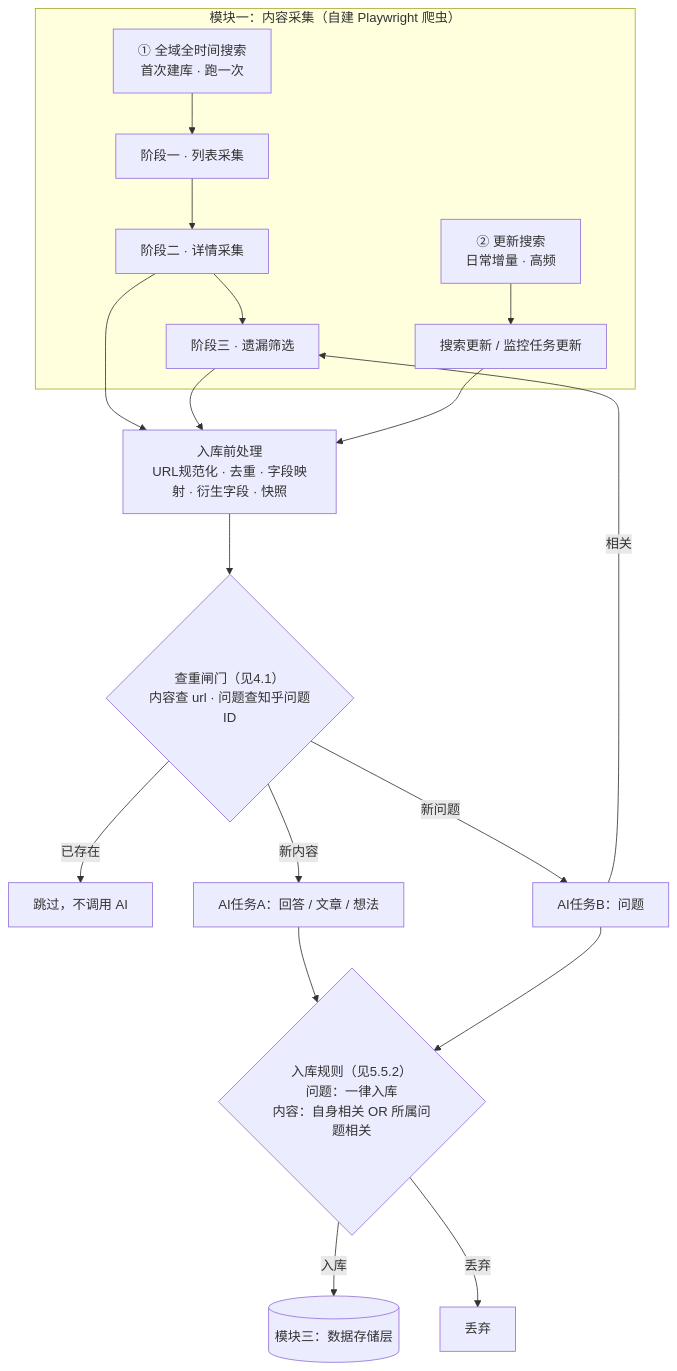
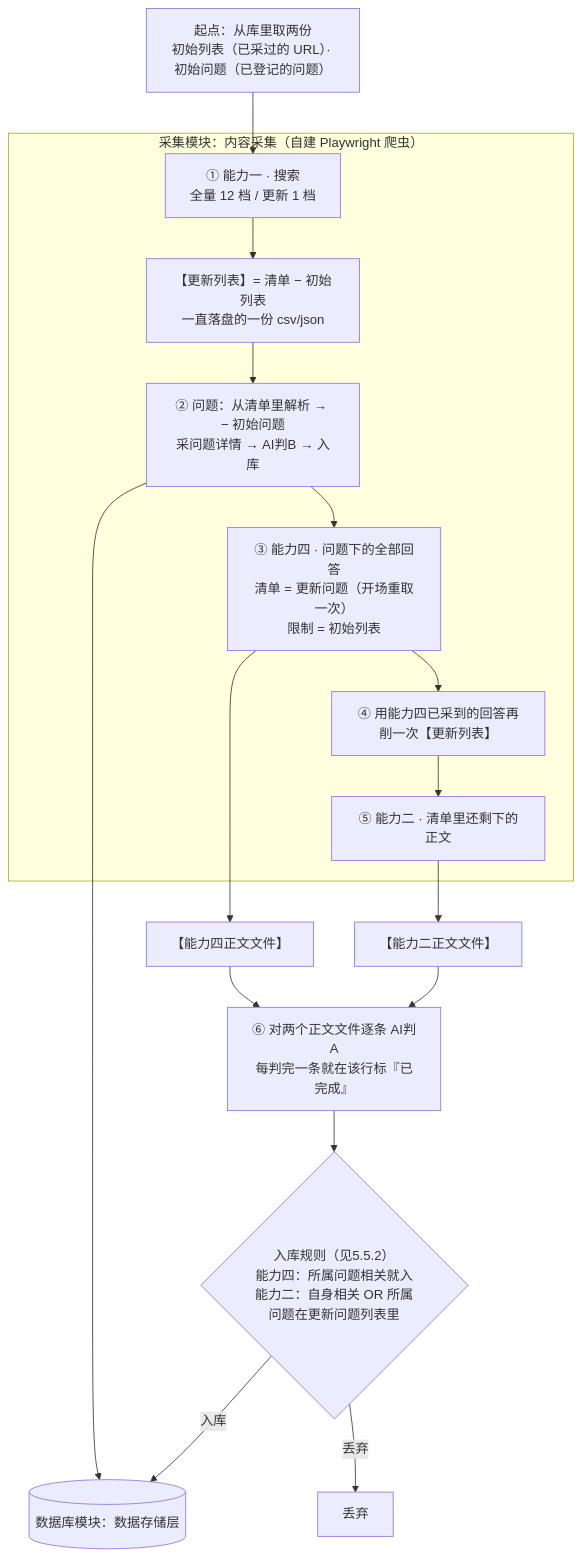
The second of 3 diagrams in 知乎舆情监控系统-架构设计文档.md (Charlie0604/sentinel_q), drawn with Mermaid before and after one commit. The commit also changed other lines of this file and 86 other files, not shown here.

````diff
--- a/知乎舆情监控系统-架构设计文档.md
+++ b/知乎舆情监控系统-架构设计文档.md
@@ -69,25 +99,22 @@
 ```mermaid
 flowchart TD
-    subgraph M1["模块一：内容采集（自建 Playwright 爬虫）"]
-        F["① 全域全时间搜索<br/>首次建库 · 跑一次"] --> S1["阶段一 · 列表采集"]
-        S1 --> S2["阶段二 · 详情采集"]
-        S2 --> S3["阶段三 · 遗漏筛选"]
-        U["② 更新搜索<br/>日常增量 · 高频"] --> U1["搜索更新 / 监控任务更新"]
+    START["起点：从库里取两份<br/>初始列表（已采过的 URL）· 初始问题（已登记的问题）"] --> L
+
+    subgraph M1["采集模块：内容采集（自建 Playwright 爬虫）"]
+        L["① 能力一 · 搜索<br/>全量 12 档 / 更新 1 档"] --> UL["【更新列表】= 清单 − 初始列表<br/>一直落盘的一份 csv/json"]
+        UL --> Q["② 问题：从清单里解析 → − 初始问题<br/>采问题详情 → AI判B → 入库"]
+        Q --> A4["③ 能力四 · 问题下的全部回答<br/>清单 = 更新问题（开场重取一次）<br/>限制 = 初始列表"]
+        A4 --> CUT["④ 用能力四已采到的回答再削一次【更新列表】"]
+        CUT --> A2["⑤ 能力二 · 清单里还剩下的正文"]
     end
 
-    S2 --> PRE["入库前处理<br/>URL规范化 · 去重 · 字段映射 · 衍生字段 · 快照"]
-    S3 --> PRE
-    U1 --> PRE
+    A4 --> F4["【能力四正文文件】"]
+    A2 --> F2["【能力二正文文件】"]
+    Q --> DB
 
-    PRE --> DEDUP{"查重闸门（见4.1）<br/>内容查 url · 问题查知乎问题ID"}
-    DEDUP -->|"已存在"| SKIP["跳过，不调用 AI"]
-    DEDUP -->|"新内容"| AI1["AI任务A：回答 / 文章 / 想法"]
-    DEDUP -->|"新问题"| AI2["AI任务B：问题"]
-
-    AI1 --> R{"入库规则（见5.5.2）<br/>问题：一律入库<br/>内容：自身相关 OR 所属问题相关"}
-    AI2 --> R
-    AI2 -->|"相关"| S3
-
-    R -->|"入库"| DB[("模块三：数据存储层")]
+    F4 --> J["⑥ 对两个正文文件逐条 AI判A<br/>每判完一条就在该行标『已完成』"]
+    F2 --> J
+    J --> R{"入库规则（见5.5.2）<br/>能力四：所属问题相关就入<br/>能力二：自身相关 OR 所属问题在更新问题列表里"}
+    R -->|"入库"| DB[("数据库模块：数据存储层")]
     R -->|"丢弃"| X["丢弃"]
 ```
````
